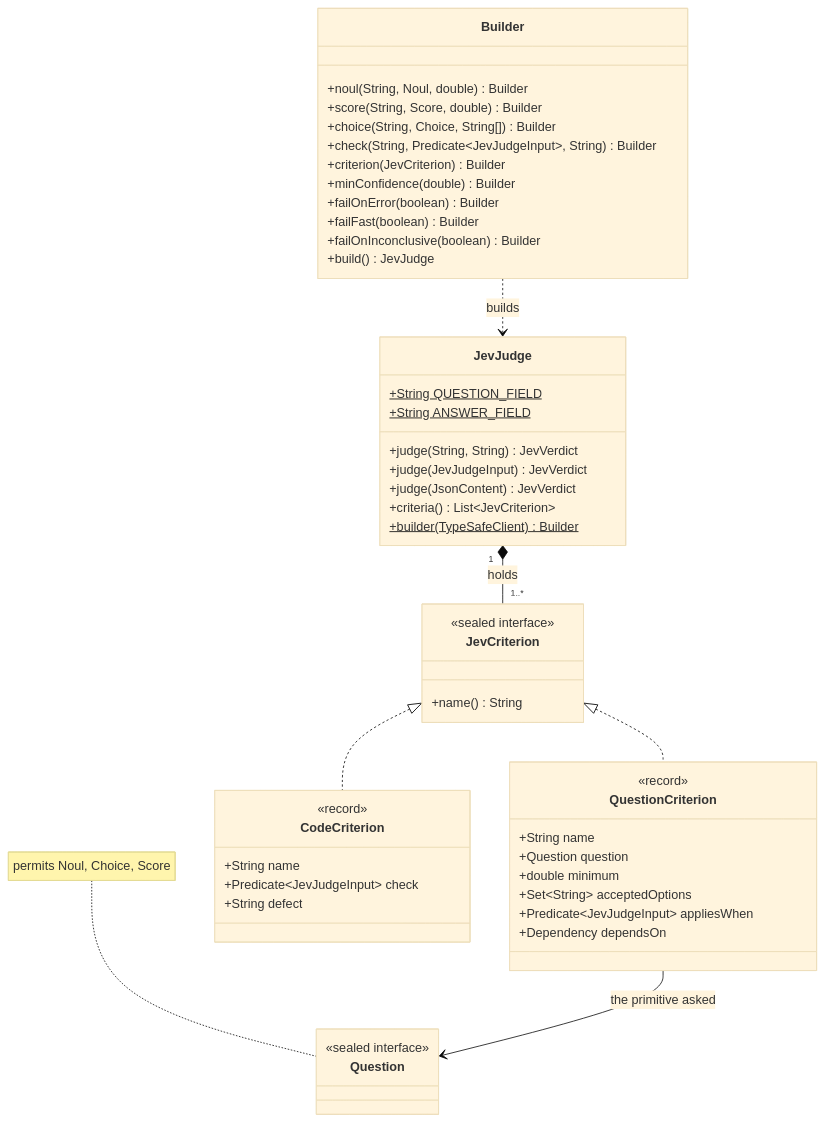
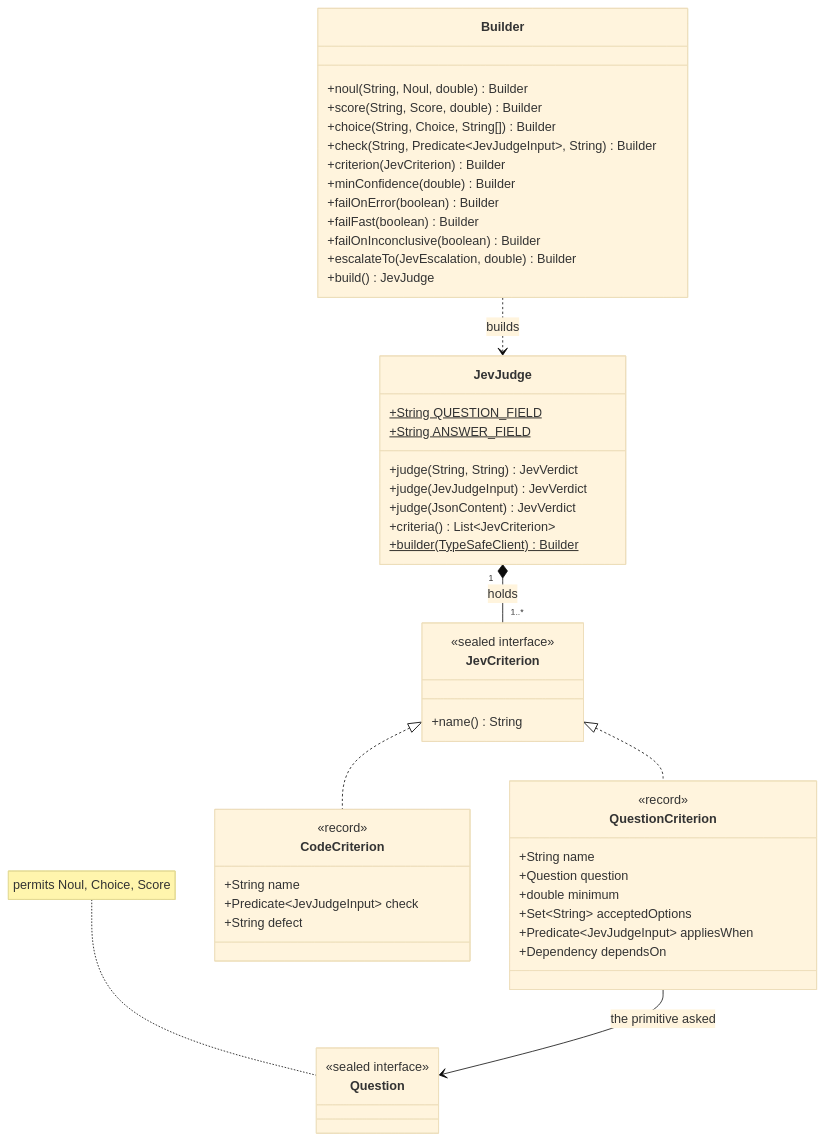
Before and after one commit to spring-ai-community/spring-ai-typesafe: the first of 3 diagrams in docs/judge/JevJudge.md, drawn with Mermaid (base theme). The commit also changed other lines of this file and 11 other files, not shown here.

First line of the commit message:
Escalate uncertain Jev judgements to a stronger judge

````diff
--- a/docs/judge/JevJudge.md
+++ b/docs/judge/JevJudge.md
@@ -31,61 +31,62 @@
 ```mermaid
 classDiagram
     direction TB
 
     class Builder {
         +noul(String, Noul, double) Builder
         +score(String, Score, double) Builder
         +choice(String, Choice, String[]) Builder
         +check(String, Predicate~JevJudgeInput~, String) Builder
         +criterion(JevCriterion) Builder
         +minConfidence(double) Builder
         +failOnError(boolean) Builder
         +failFast(boolean) Builder
         +failOnInconclusive(boolean) Builder
+        +escalateTo(JevEscalation, double) Builder
         +build() JevJudge
     }
 
     class JevJudge {
         +String QUESTION_FIELD$
         +String ANSWER_FIELD$
         +judge(String, String) JevVerdict
         +judge(JevJudgeInput) JevVerdict
         +judge(JsonContent) JevVerdict
         +criteria() List~JevCriterion~
         +builder(TypeSafeClient)$ Builder
     }
 
     class JevCriterion {
         <<sealed interface>>
         +name() String
     }
 
     class QuestionCriterion {
         <<record>>
         +String name
         +Question question
         +double minimum
         +Set~String~ acceptedOptions
         +Predicate~JevJudgeInput~ appliesWhen
         +Dependency dependsOn
     }
 
     class CodeCriterion {
         <<record>>
         +String name
         +Predicate~JevJudgeInput~ check
         +String defect
     }
 
     class Question {
         <<sealed interface>>
     }
 
     Builder ..> JevJudge : builds
     JevJudge "1" *-- "1..*" JevCriterion : holds
     JevCriterion <|.. QuestionCriterion
     JevCriterion <|.. CodeCriterion
     QuestionCriterion --> Question : the primitive asked
 
     note for Question "permits Noul, Choice, Score"
 ```
````
